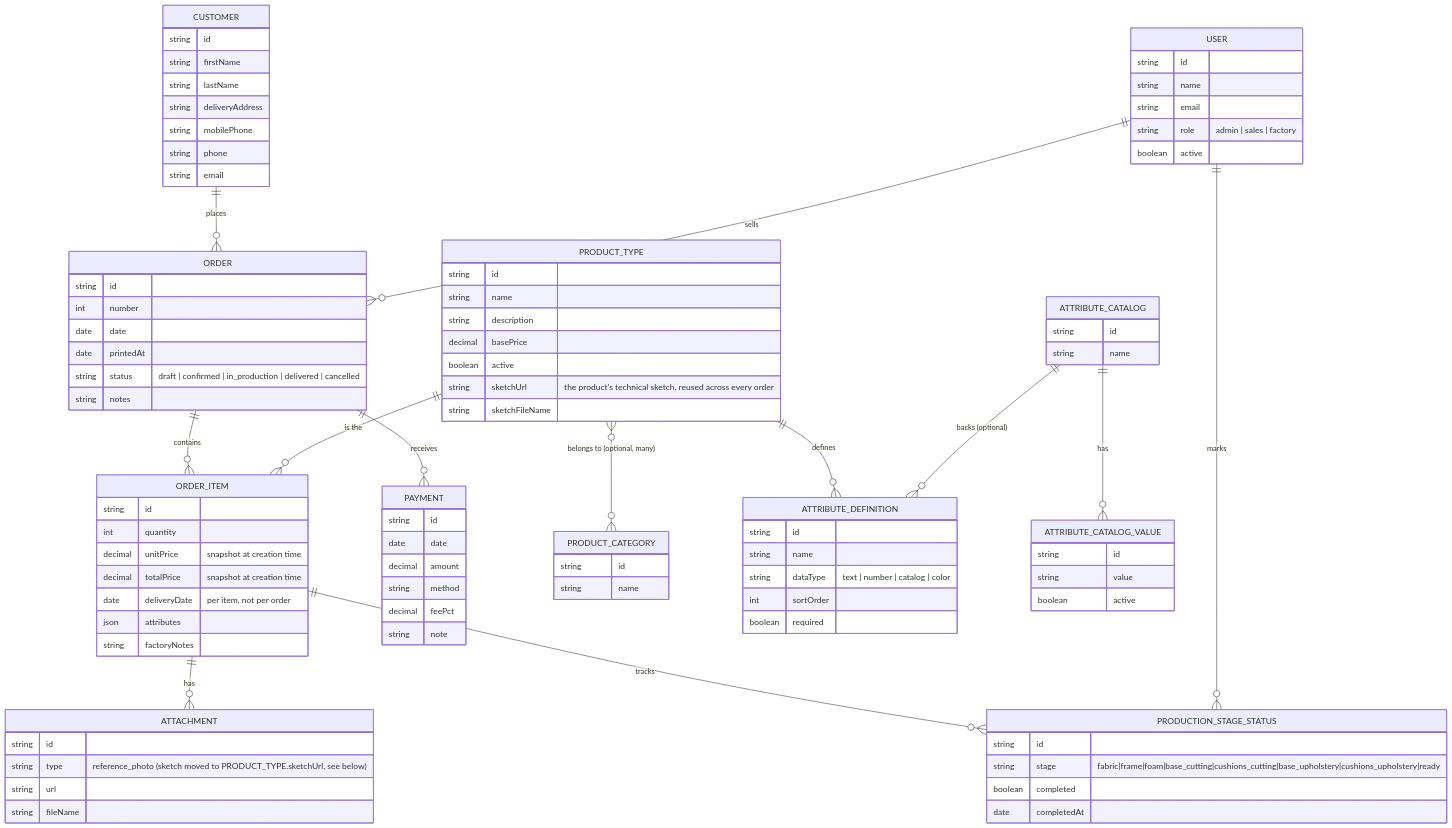
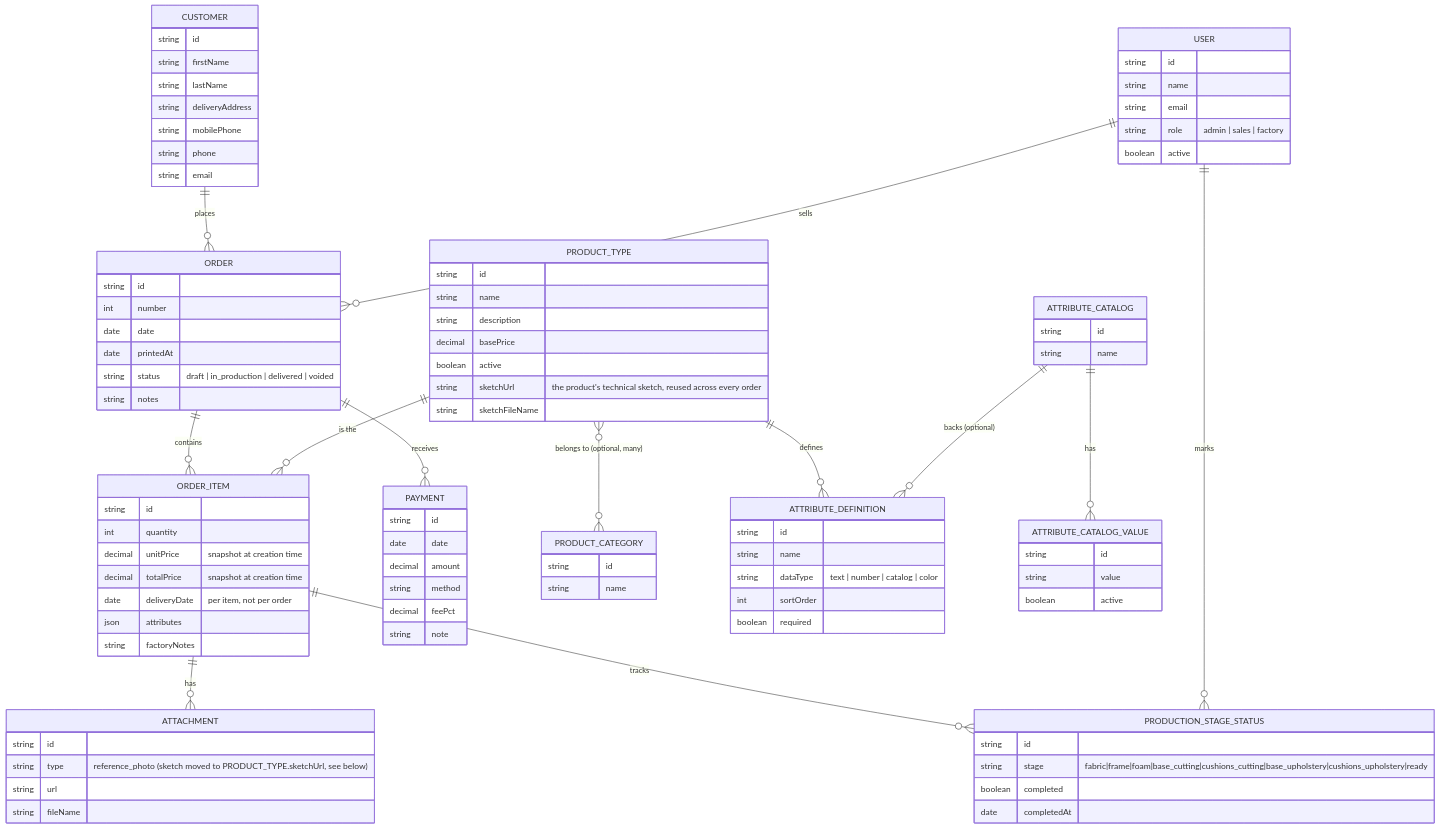
One commit to kelsier-corp/livingshop changed the diagram in docs/ARCHITECTURE.md. Above: the diagram before and after it, drawn with Mermaid. The commit also changed other lines of this file and 16 other files, not shown here.

```diff
--- a/docs/ARCHITECTURE.md
+++ b/docs/ARCHITECTURE.md
@@ -69,7 +69,7 @@
         int number
         date date
         date printedAt
-        string status "draft | confirmed | in_production | delivered | cancelled"
+        string status "draft | in_production | delivered | voided"
         string notes
     }
     ORDER_ITEM {
```
